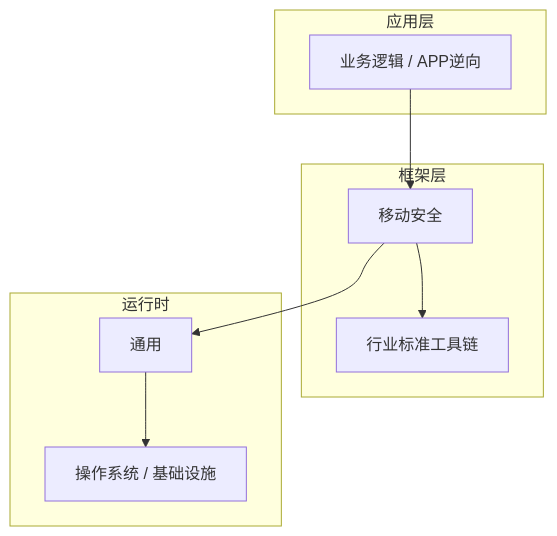
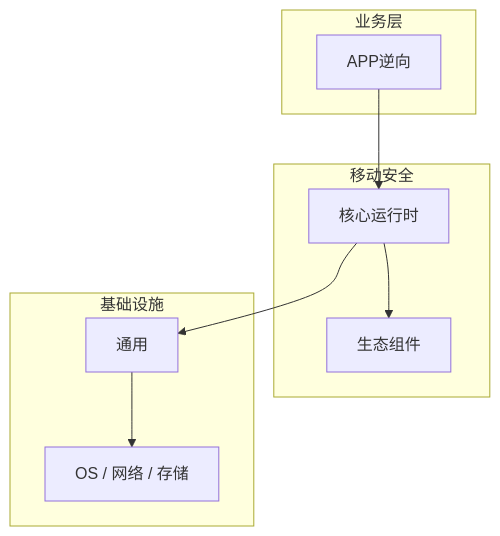
One commit to yanggan2015/knowledge-json-v2 changed the diagram in articles/移动安全/chapters/019-APP逆向核心概念与原理.md. Above: the diagram before and after it, drawn with Mermaid. The commit also changed other lines of this file and 10127 other files, not shown here.

````diff
--- a/articles/移动安全/chapters/019-APP逆向核心概念与原理.md
+++ b/articles/移动安全/chapters/019-APP逆向核心概念与原理.md
@@ -46,18 +31,18 @@
 ```mermaid
 graph TB
-    subgraph 应用层
-        A[业务逻辑 / APP逆向]
+    subgraph 业务层
+        A[APP逆向]
     end
-    subgraph 框架层
-        B[移动安全]
-        C[行业标准工具链]
+    subgraph 移动安全
+        B[核心运行时]
+        C[生态组件]
     end
-    subgraph 运行时
+    subgraph 基础设施
         D[通用]
-        E[操作系统 / 基础设施]
+        E[OS / 网络 / 存储]
     end
     A --> B
     B --> C
     B --> D
     D --> E
 ```
````
